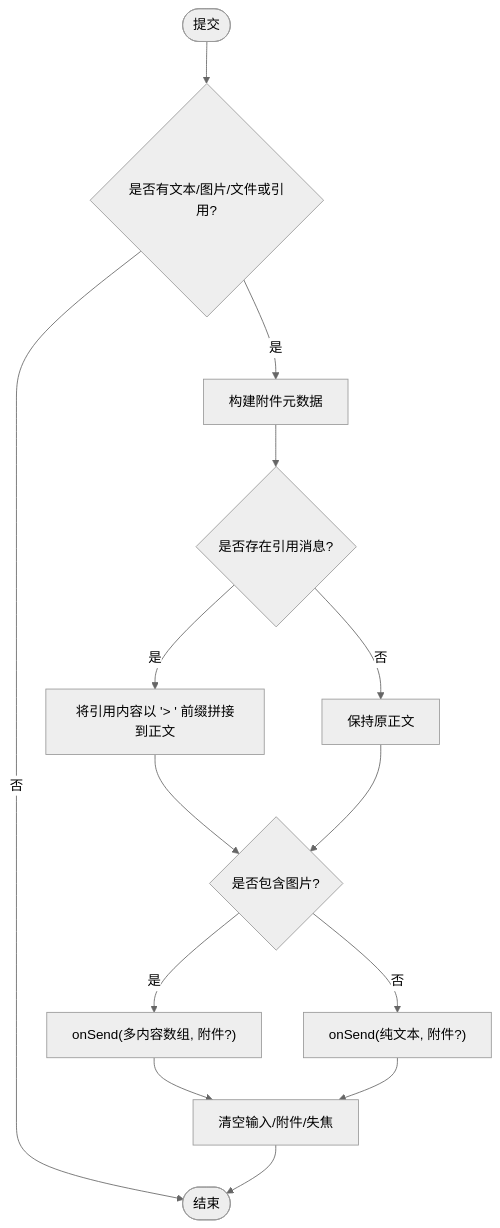
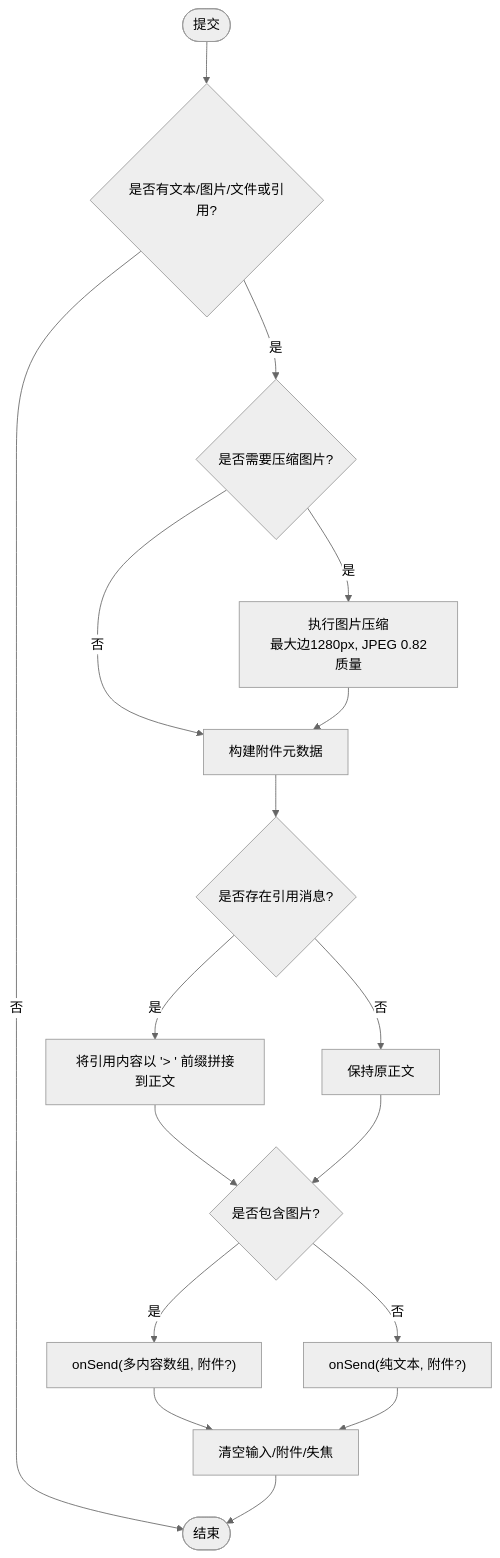
One commit to billye220670/AIShop changed the third of 5 diagrams in .qoder/repowiki/zh/content/聊天模块/聊天输入组件.md. Above: the diagram before and after it, drawn with Mermaid (neutral theme). The commit also changed other lines of this file and 30 other files, not shown here.

Commit message:
docs: 同步 repowiki 知识库重组（图片压缩工具与消息渲染模块文档）

````diff
--- a/.qoder/repowiki/zh/content/聊天模块/聊天输入组件.md
+++ b/.qoder/repowiki/zh/content/聊天模块/聊天输入组件.md
@@ -145,16 +167,19 @@
 ```mermaid
 flowchart TD
 Start(["提交"]) --> CheckEmpty{"是否有文本/图片/文件或引用?"}
 CheckEmpty -- 否 --> End(["结束"])
-CheckEmpty -- 是 --> BuildAttachments["构建附件元数据"]
+CheckEmpty -- 是 --> CompressImages{"是否需要压缩图片?"}
+CompressImages -- 是 --> ProcessCompression["执行图片压缩<br/>最大边1280px, JPEG 0.82质量"]
+CompressImages -- 否 --> BuildAttachments["构建附件元数据"]
+ProcessCompression --> BuildAttachments
 BuildAttachments --> QuoteCheck{"是否存在引用消息?"}
 QuoteCheck -- 是 --> AppendQuote["将引用内容以 '> ' 前缀拼接到正文"]
 QuoteCheck -- 否 --> KeepText["保持原正文"]
 AppendQuote --> HasImages{"是否包含图片?"}
 KeepText --> HasImages
 HasImages -- 是 --> SendMulti["onSend(多内容数组, 附件?)"]
 HasImages -- 否 --> SendText["onSend(纯文本, 附件?)"]
 SendMulti --> Clear["清空输入/附件/失焦"]
 SendText --> Clear
 Clear --> End
 ```
````
